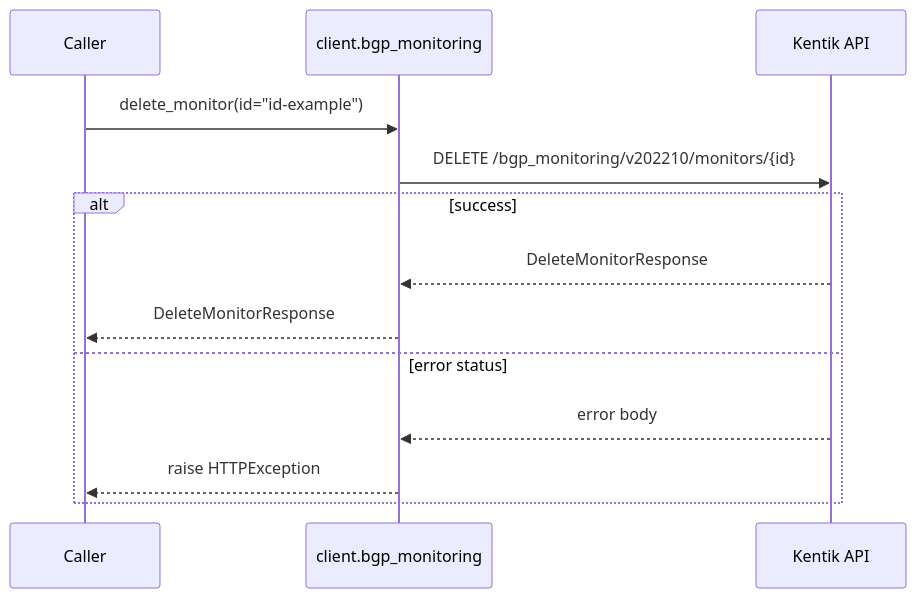
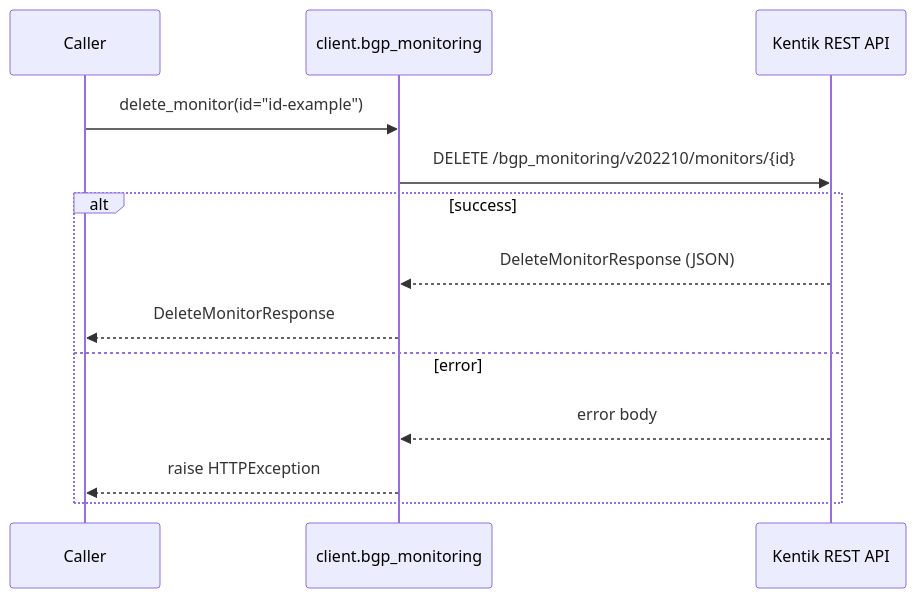
Diagram 14 of 18 in docs/sphinx/services/bgp_monitoring.md (alexdearaujo/community_sdk_python), drawn with Mermaid before and after one commit. The commit also changed other lines of this file and 61 other files, not shown here.

````diff
--- a/docs/sphinx/services/bgp_monitoring.md
+++ b/docs/sphinx/services/bgp_monitoring.md
@@ -329,16 +481,16 @@
 ```mermaid
 sequenceDiagram
     participant C as Caller
     participant W as client.bgp_monitoring
-    participant API as Kentik API
+    participant API as Kentik REST API
 
     C->>W: delete_monitor(id="id-example")
     W->>API: DELETE /bgp_monitoring/v202210/monitors/{id}
     alt success
-        API-->>W: DeleteMonitorResponse
+        API-->>W: DeleteMonitorResponse (JSON)
         W-->>C: DeleteMonitorResponse
-    else error status
+    else error
         API-->>W: error body
         W-->>C: raise HTTPException
     end
 ```
````
